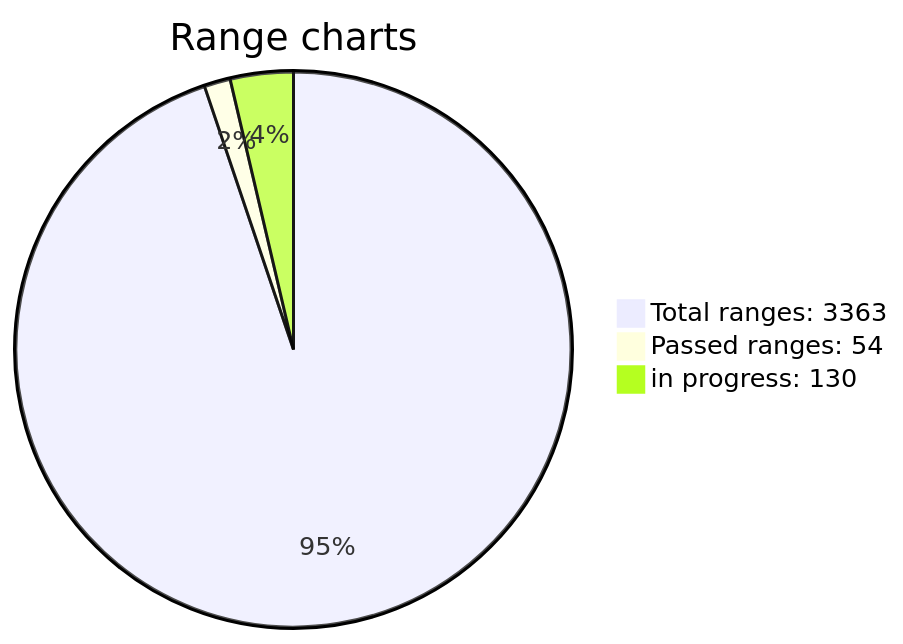
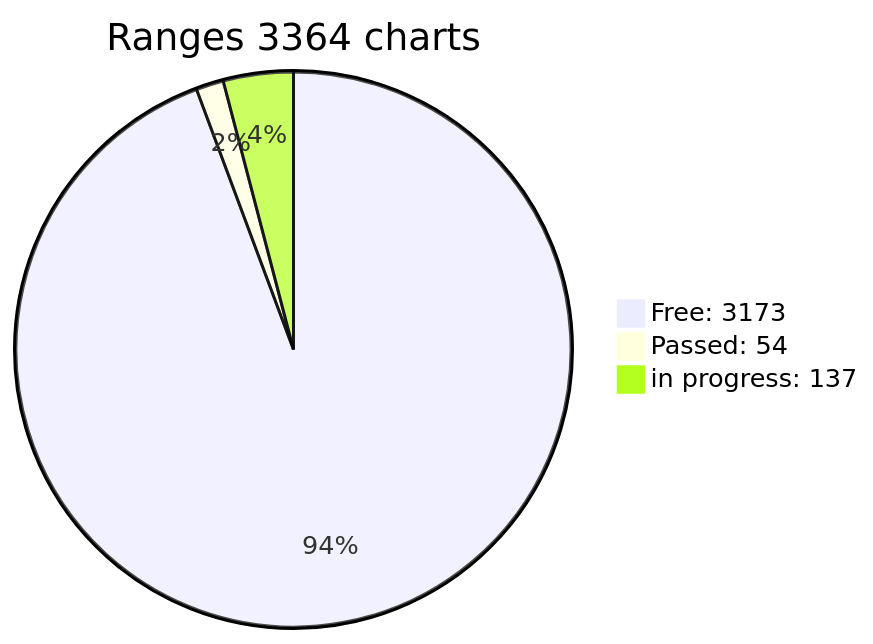
The diagram in x64/Release/table.md (jonlloner/wif500), drawn with Mermaid before and after one commit. The commit also changed other lines of this file, not shown here.

````diff
--- a/x64/Release/table.md
+++ b/x64/Release/table.md
@@ -37,6 +38,6 @@
 ```mermaid
-pie title Range charts
-"Total ranges: 3363" : 3363
-"Passed ranges: 54" : 54
-"in progress: 130" : 130
+pie title Ranges 3364 charts
+"Free: 3173" : 3173
+"Passed: 54" : 54
+"in progress: 137" : 137
 ```  
````
